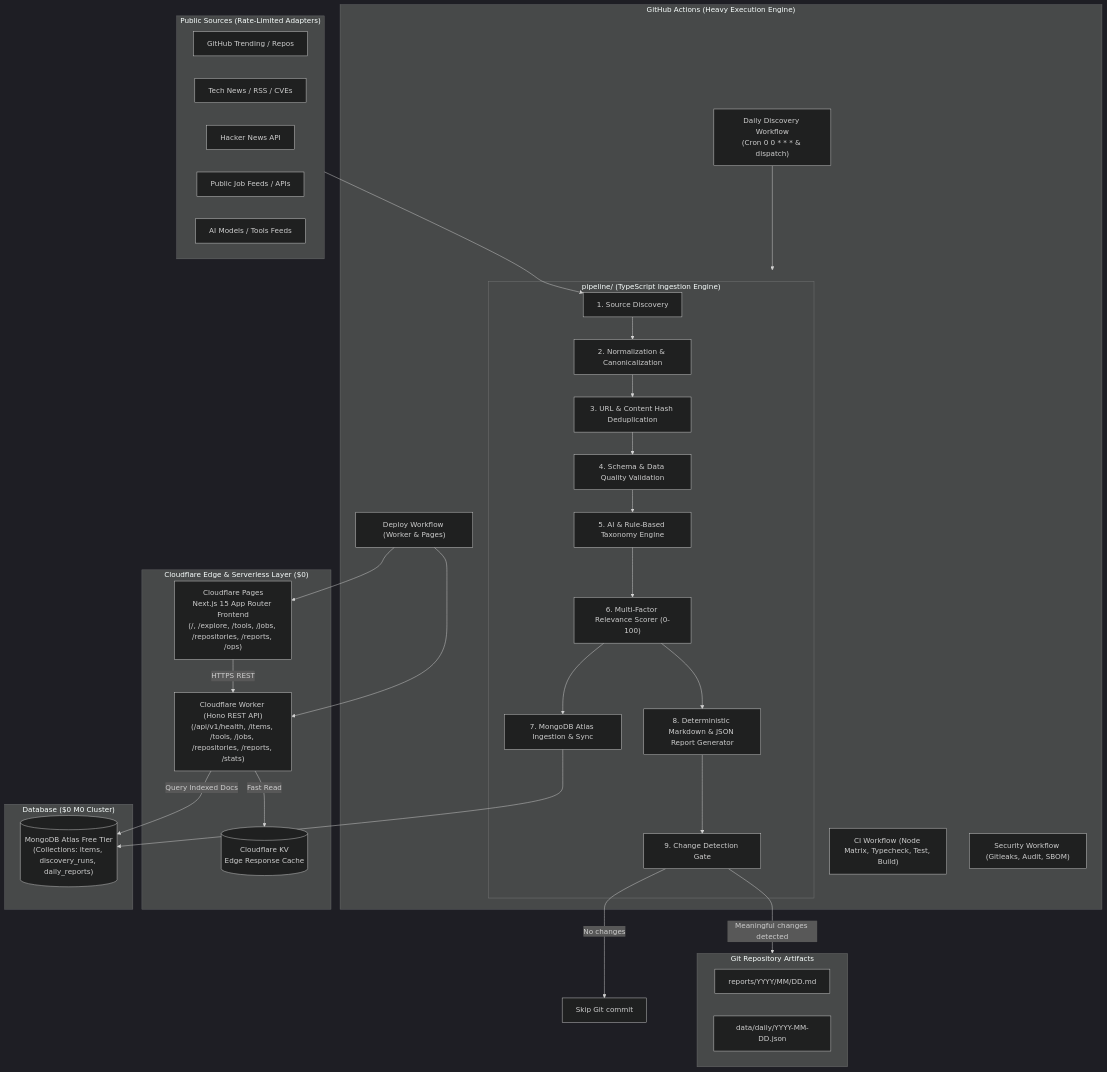
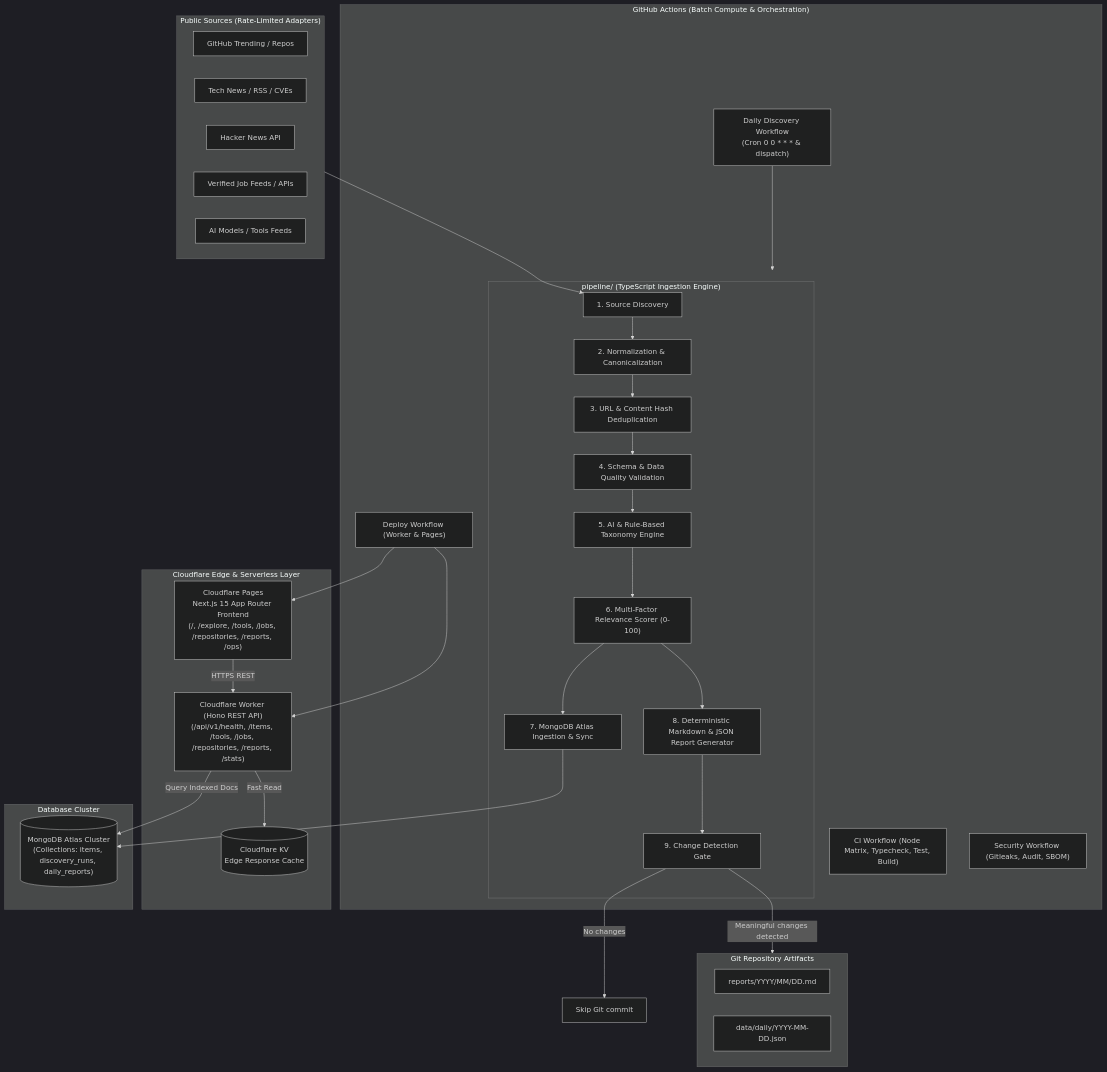
Before and after one commit to somyacodes07/DevAtlas: the first of 2 diagrams in README.md, drawn with Mermaid (dark theme). The commit also changed other lines of this file and 9 other files, not shown here.

Commit message:
docs(refactor): modernize platform presentation to serverless edge architecture

````diff
--- a/README.md
+++ b/README.md
@@ -27,60 +27,60 @@
 ```mermaid
 flowchart TD
     subgraph Sources["Public Sources (Rate-Limited Adapters)"]
         GH["GitHub Trending / Repos"]
         RSS["Tech News / RSS / CVEs"]
         HN["Hacker News API"]
-        JOB["Public Job Feeds / APIs"]
+        JOB["Verified Job Feeds / APIs"]
         AI_SRC["AI Models / Tools Feeds"]
     end
 
-    subgraph GitHubEngine["GitHub Actions (Heavy Execution Engine)"]
+    subgraph GitHubEngine["GitHub Actions (Batch Compute & Orchestration)"]
         WF_DAILY["Daily Discovery Workflow\n(Cron 0 0 * * * & dispatch)"]
         
         subgraph PipelineEngine["pipeline/ (TypeScript Ingestion Engine)"]
             DISC["1. Source Discovery"]
             NORM["2. Normalization & Canonicalization"]
             DEDUP["3. URL & Content Hash Deduplication"]
             VAL["4. Schema & Data Quality Validation"]
             AI["5. AI & Rule-Based Taxonomy Engine"]
             SCORE["6. Multi-Factor Relevance Scorer (0-100)"]
             SYNC["7. MongoDB Atlas Ingestion & Sync"]
             REP_GEN["8. Deterministic Markdown & JSON Report Generator"]
             DIFF["9. Change Detection Gate"]
         end
         
         WF_CI["CI Workflow (Node Matrix, Typecheck, Test, Build)"]
         WF_SEC["Security Workflow (Gitleaks, Audit, SBOM)"]
         WF_DEPLOY["Deploy Workflow (Worker & Pages)"]
     end
 
-    subgraph CloudflareStack["Cloudflare Edge & Serverless Layer ($0)"]
+    subgraph CloudflareStack["Cloudflare Edge & Serverless Layer"]
         CF_PAGES["Cloudflare Pages\nNext.js 15 App Router Frontend\n(/, /explore, /tools, /jobs, /repositories, /reports, /ops)"]
         CF_WORKER["Cloudflare Worker (Hono REST API)\n(/api/v1/health, /items, /tools, /jobs, /repositories, /reports, /stats)"]
         CF_KV[("Cloudflare KV\nEdge Response Cache")]
     end
 
-    subgraph Database["Database ($0 M0 Cluster)"]
-        MONGO[("MongoDB Atlas Free Tier\n(Collections: items, discovery_runs, daily_reports)")]
+    subgraph Database["Database Cluster"]
+        MONGO[("MongoDB Atlas Cluster\n(Collections: items, discovery_runs, daily_reports)")]
     end
 
     subgraph GitRepo["Git Repository Artifacts"]
         REPORTS["reports/YYYY/MM/DD.md"]
         DATA_SNAP["data/daily/YYYY-MM-DD.json"]
     end
 
     Sources --> DISC
     WF_DAILY --> PipelineEngine
     DISC --> NORM --> DEDUP --> VAL --> AI --> SCORE --> SYNC
     SYNC --> MONGO
     SCORE --> REP_GEN
     REP_GEN --> DIFF
     DIFF -- "Meaningful changes detected" --> GitRepo
     DIFF -- "No changes" --> SKIP["Skip Git commit"]
 
     CF_PAGES -- "HTTPS REST" --> CF_WORKER
     CF_WORKER -- "Fast Read" --> CF_KV
     CF_WORKER -- "Query Indexed Docs" --> MONGO
     WF_DEPLOY --> CF_WORKER
     WF_DEPLOY --> CF_PAGES
 ```
````
